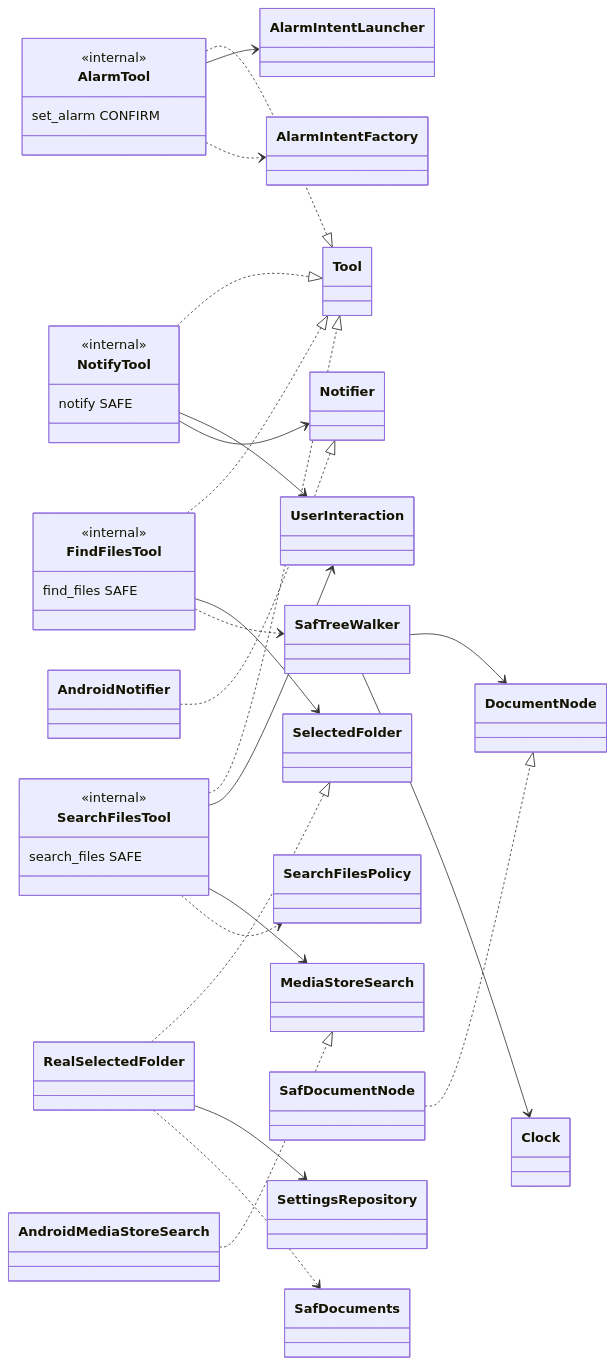
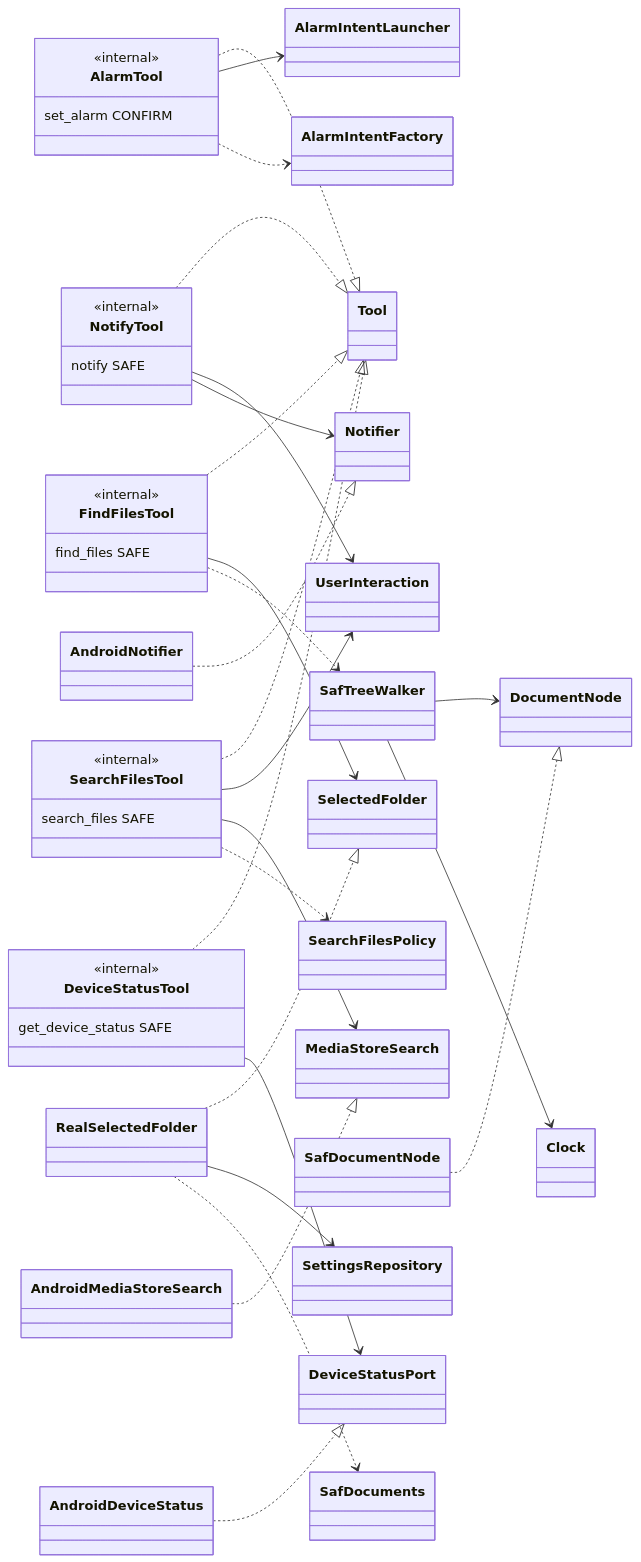
The first of 2 diagrams in docs/architecture/map-tools-app.md (ValievM/phone-agent), drawn with Mermaid before and after one commit. The commit also changed other lines of this file and 8 other files, not shown here.

First line of the commit message:
feat: add device status tool

````diff
--- a/docs/architecture/map-tools-app.md
+++ b/docs/architecture/map-tools-app.md
@@ -9,41 +9,48 @@
 ```mermaid
 classDiagram
 direction LR
 class AlarmTool {
   <<internal>>
   set_alarm CONFIRM
 }
 class NotifyTool {
   <<internal>>
   notify SAFE
 }
 class FindFilesTool {
   <<internal>>
   find_files SAFE
 }
 class SearchFilesTool {
   <<internal>>
   search_files SAFE
 }
+class DeviceStatusTool {
+  <<internal>>
+  get_device_status SAFE
+}
 AlarmTool ..|> Tool
 NotifyTool ..|> Tool
 FindFilesTool ..|> Tool
 SearchFilesTool ..|> Tool
+DeviceStatusTool ..|> Tool
 AlarmTool --> AlarmIntentLauncher
 AlarmTool ..> AlarmIntentFactory
 NotifyTool --> UserInteraction
 NotifyTool --> Notifier
 AndroidNotifier ..|> Notifier
 FindFilesTool --> SelectedFolder
 FindFilesTool ..> SafTreeWalker
 RealSelectedFolder ..|> SelectedFolder
 RealSelectedFolder --> SettingsRepository
 RealSelectedFolder ..> SafDocuments
 SafDocumentNode ..|> DocumentNode
 SafTreeWalker --> DocumentNode
 SafTreeWalker --> Clock
 SearchFilesTool --> UserInteraction
 SearchFilesTool --> MediaStoreSearch
 SearchFilesTool ..> SearchFilesPolicy
 AndroidMediaStoreSearch ..|> MediaStoreSearch
+DeviceStatusTool --> DeviceStatusPort
+AndroidDeviceStatus ..|> DeviceStatusPort
 ```
````
